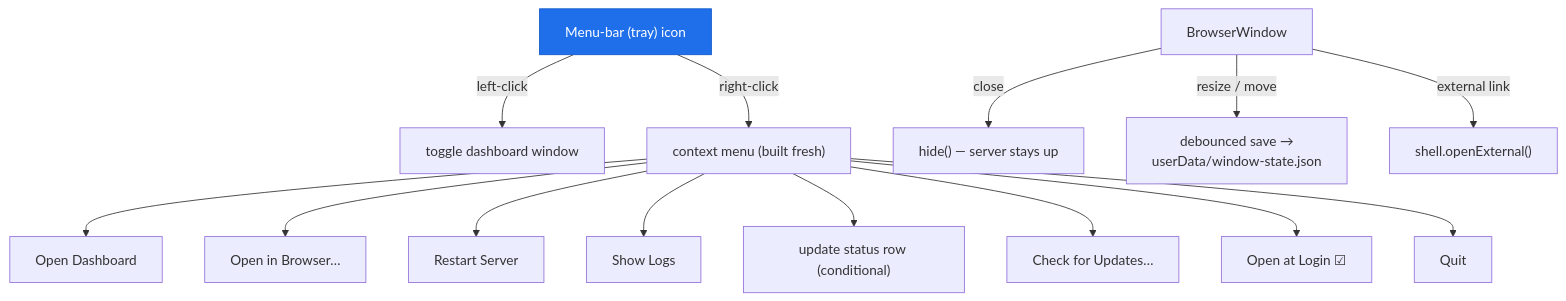
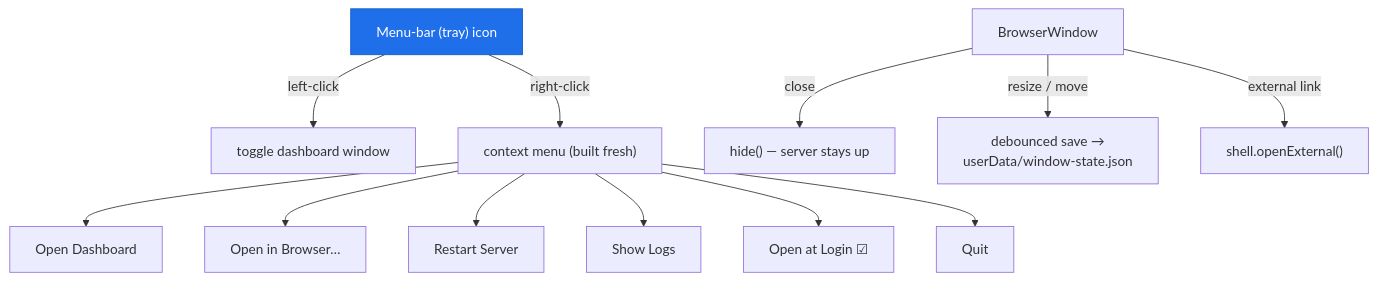
One commit to buluma/Code-Agent-Monitor changed the seventh of 14 diagrams in desktop/README.md. Above: the diagram before and after it, drawn with Mermaid. The commit also changed other lines of this file and 1142 other files, not shown here.

````diff
--- a/desktop/README.md
+++ b/desktop/README.md
@@ -375,22 +385,20 @@
 ```mermaid
 flowchart TD
     tray["Menu-bar (tray) icon"]
     tray -->|left-click| toggle["toggle dashboard window"]
     tray -->|right-click| menu["context menu (built fresh)"]
 
     menu --> m1["Open Dashboard"]
     menu --> m2["Open in Browser…"]
     menu --> m3["Restart Server"]
     menu --> m4["Show Logs"]
-    menu --> m4a["update status row (conditional)"]
-    menu --> m4b["Check for Updates…"]
     menu --> m5["Open at Login ☑"]
     menu --> m6["Quit"]
 
     win["BrowserWindow"]
     win -->|"close"| hide["hide() — server stays up"]
     win -->|"resize / move"| persist["debounced save →<br/>userData/window-state.json"]
     win -->|"external link"| ext["shell.openExternal()"]
 
     style tray fill:#1f6feb,stroke:#1158c7,color:#fff
 ```
````
